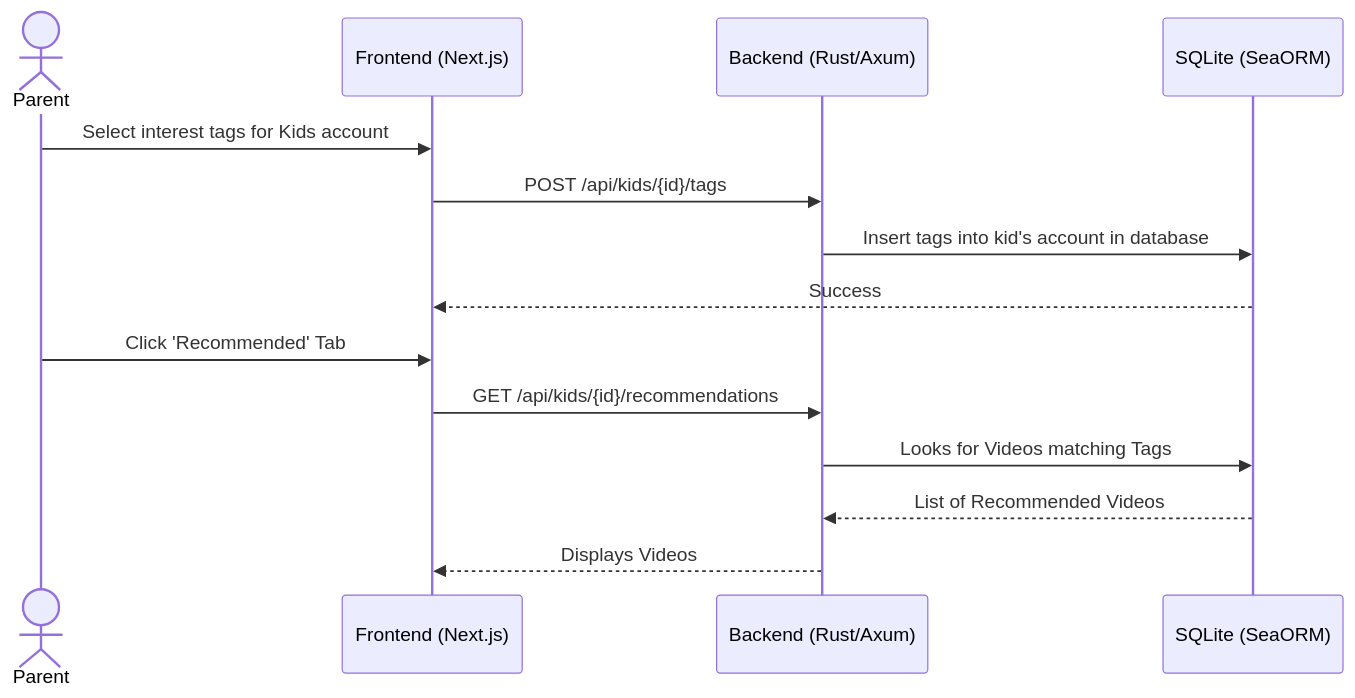
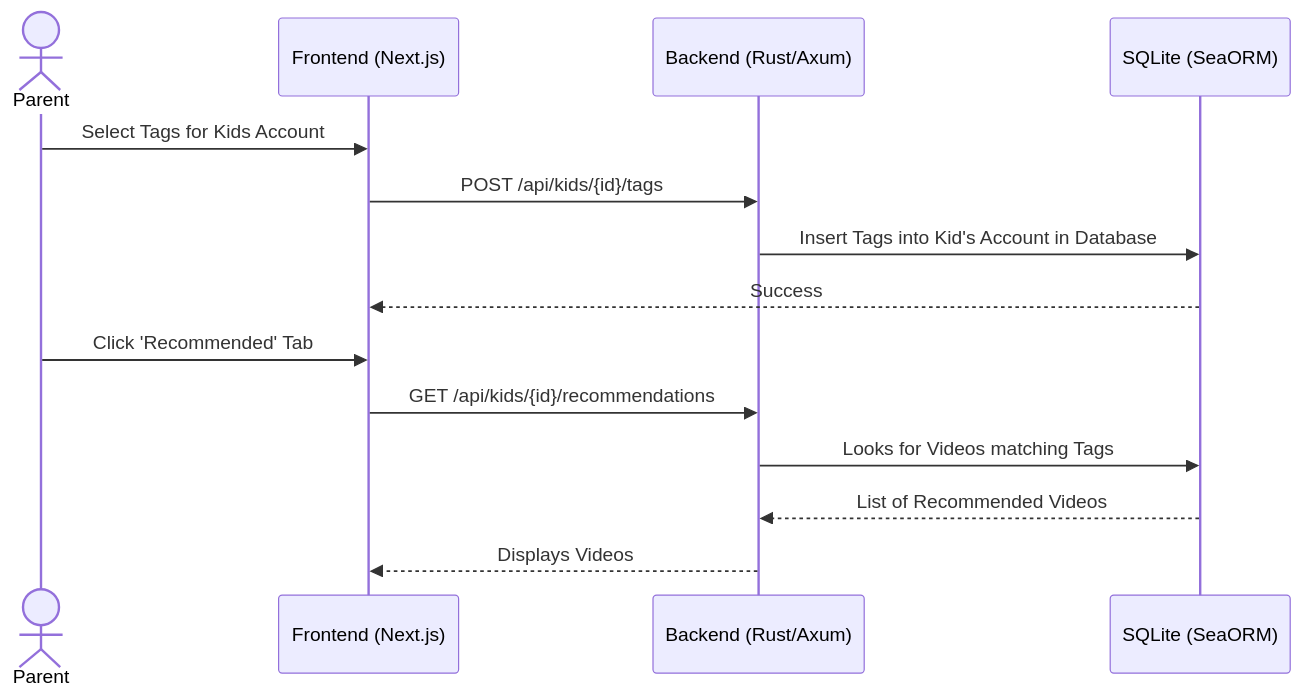
Before and after one commit to Capstone-Projects-2026-spring/piggyback-learning-2: the fifth of 5 diagrams in documentation/docs/requirements/use-case-descriptions.md, drawn with Mermaid. The commit also changed other lines of this file, not shown here.

````diff
--- a/documentation/docs/requirements/use-case-descriptions.md
+++ b/documentation/docs/requirements/use-case-descriptions.md
@@ -166,18 +166,18 @@
 ```mermaid
 sequenceDiagram
     actor Parent
     participant WebApp as Frontend (Next.js)
     participant API as Backend (Rust/Axum)
     participant DB as SQLite (SeaORM)
 
-    Parent->>WebApp: Select interest tags for Kids account
+    Parent->>WebApp: Select Tags for Kids Account
     WebApp->>API: POST /api/kids/{id}/tags
-    API->>DB: Insert tags into kid's account in database
+    API->>DB: Insert Tags into Kid's Account in Database
     DB-->>WebApp: Success
 
     Parent->>WebApp: Click 'Recommended' Tab
     WebApp->>API: GET /api/kids/{id}/recommendations
     API->>DB: Looks for Videos matching Tags
     DB-->>API: List of Recommended Videos
     API-->>WebApp: Displays Videos
 ```    
````
